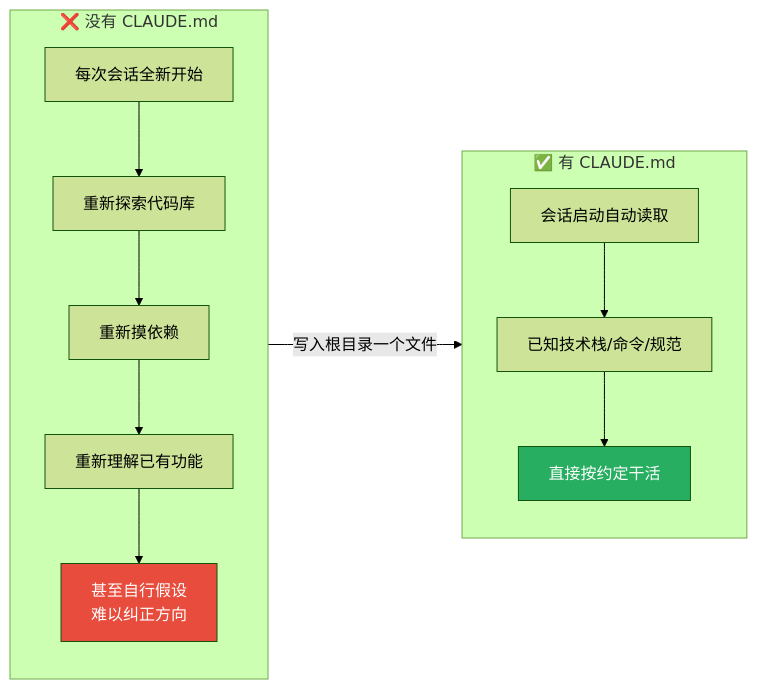
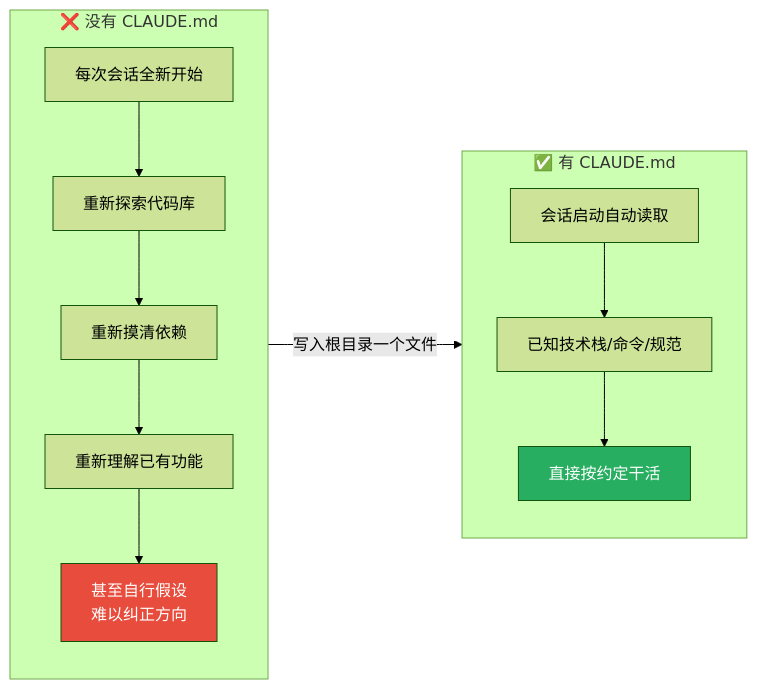
One commit to xuexiaolei1997/Notes changed the first of 2 diagrams in 大语言模型/academy_claude/claude_code/08-claude-md-file-notes.md. Above: the diagram before and after it, drawn with Mermaid (forest theme). The commit also changed 28 other files, not shown here.

````diff
--- a/大语言模型/academy_claude/claude_code/08-claude-md-file-notes.md
+++ b/大语言模型/academy_claude/claude_code/08-claude-md-file-notes.md
@@ -23,19 +23,19 @@
 ```mermaid
 flowchart LR
     subgraph 没有 ["❌ 没有 CLAUDE.md"]
         A1["每次会话全新开始"] --> A2["重新探索代码库"]
-        A2 --> A3["重新摸依赖"]
+        A2 --> A3["重新摸清依赖"]
         A3 --> A4["重新理解已有功能"]
         A4 --> A5["甚至自行假设<br>难以纠正方向"]
     end
 
     subgraph 有 ["✅ 有 CLAUDE.md"]
         B1["会话启动自动读取"] --> B2["已知技术栈/命令/规范"]
         B2 --> B3["直接按约定干活"]
     end
 
     没有 -->|写入根目录一个文件| 有
 
     style A5 fill:#E74C3C,color:#fff
     style B3 fill:#27AE60,color:#fff
 ```
````
